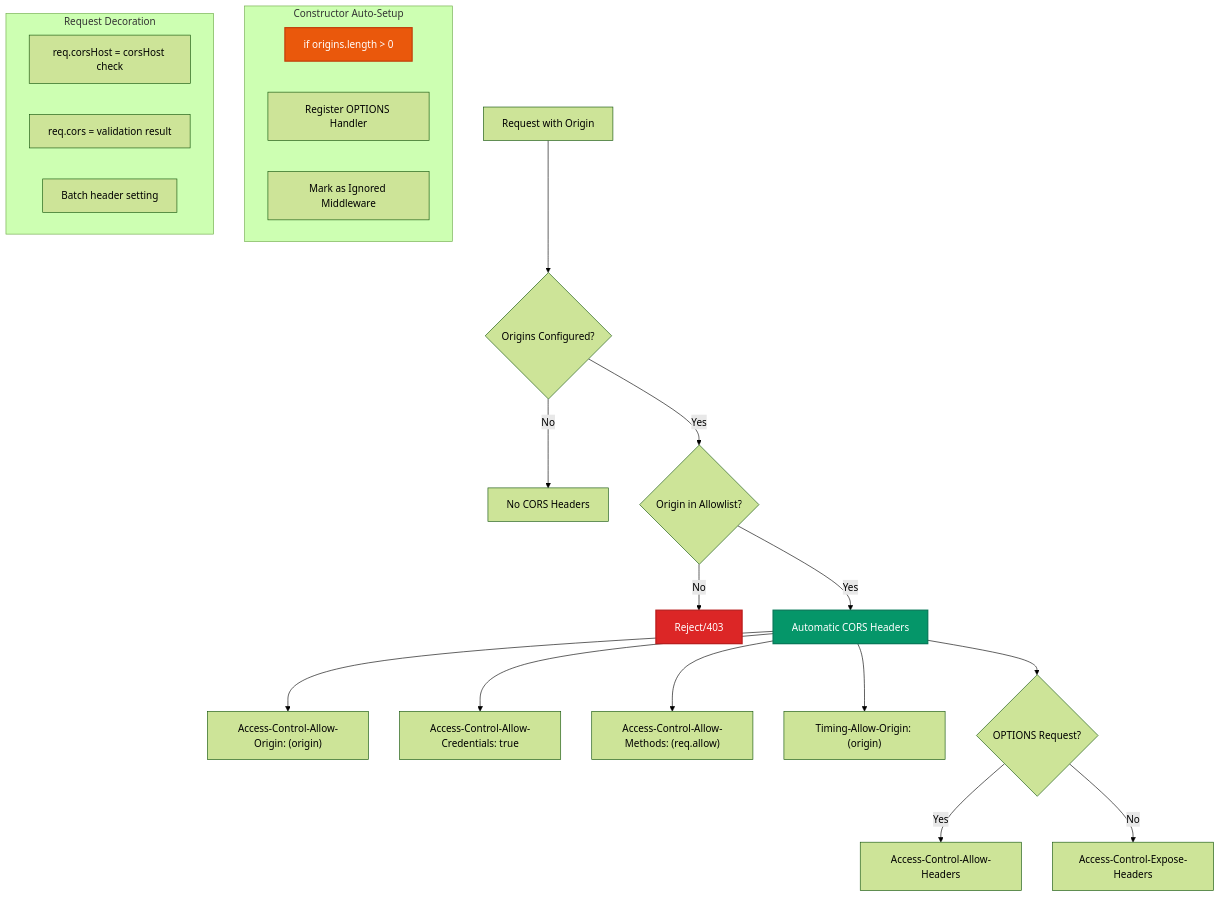
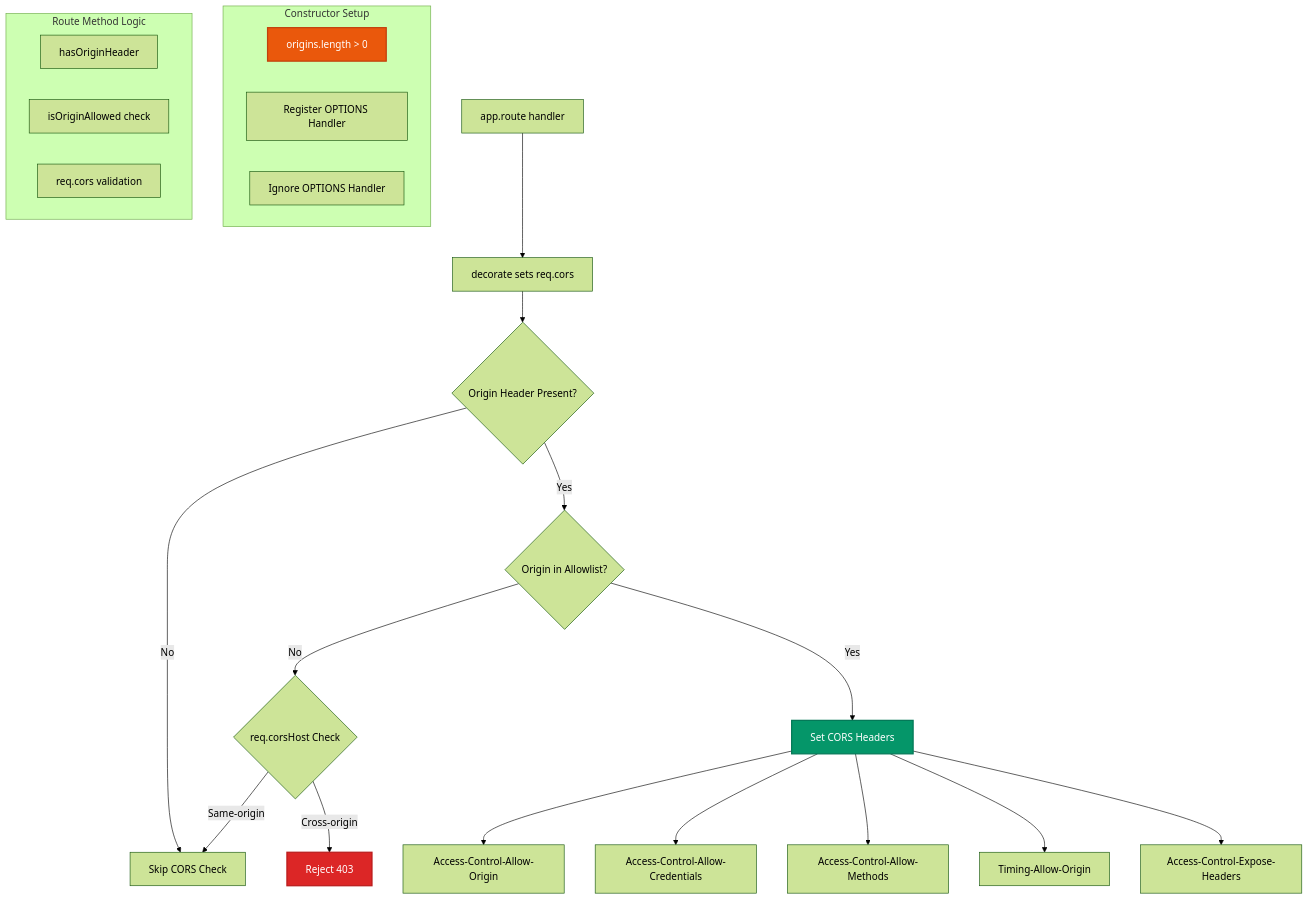
Before and after one commit to avoidwork/woodland: the sixth of 9 diagrams in docs/TECHNICAL_DOCUMENTATION.md, drawn with Mermaid (forest theme). The commit also changed other lines of this file and 74 other files, not shown here.

````diff
--- a/docs/TECHNICAL_DOCUMENTATION.md
+++ b/docs/TECHNICAL_DOCUMENTATION.md
@@ -812,32 +916,33 @@
 ```mermaid
 graph TB
-    A[Request with Origin] --> B{Origins Configured?}
-    B -->|No| C[No CORS Headers]
-    B -->|Yes| D{Origin in Allowlist?}
-    D -->|No| E[Reject/403]
-    D -->|Yes| F[Automatic CORS Headers]
-    
-    F --> G["Access-Control-Allow-Origin: (origin)"]
-    F --> H["Access-Control-Allow-Credentials: true"]
-    F --> I["Access-Control-Allow-Methods: (req.allow)"]
-    F --> J["Timing-Allow-Origin: (origin)"]
-    F --> K{OPTIONS Request?}
-    K -->|Yes| L["Access-Control-Allow-Headers"]
-    K -->|No| M["Access-Control-Expose-Headers"]
-    
-    subgraph "Constructor Auto-Setup"
-        N[if origins.length > 0]
+    A[app.route handler] --> B[decorate sets req.cors]
+    B --> C{Origin Header Present?}
+    C -->|No| D[Skip CORS Check]
+    C -->|Yes| E{Origin in Allowlist?}
+    E -->|No| F{req.corsHost Check}
+    F -->|Cross-origin| G[Reject 403]
+    F -->|Same-origin| D
+    E -->|Yes| H[Set CORS Headers]
+
+    H --> I["Access-Control-Allow-Origin"]
+    H --> J["Access-Control-Allow-Credentials"]
+    H --> K["Access-Control-Allow-Methods"]
+    H --> L["Timing-Allow-Origin"]
+    H --> M["Access-Control-Expose-Headers"]
+
+    subgraph "Constructor Setup"
+        N[origins.length > 0]
         O[Register OPTIONS Handler]
-        P[Mark as Ignored Middleware]
+        P[Ignore OPTIONS Handler]
     end
-    
-    subgraph "Request Decoration"
-        Q[req.corsHost = corsHost check]
-        R[req.cors = validation result]
-        S[Batch header setting]
+
+    subgraph "Route Method Logic"
+        Q[hasOriginHeader]
+        R[isOriginAllowed check]
+        S[req.cors validation]
     end
-    
-    style E fill:#dc2626,stroke:#b91c1c,stroke-width:2px,color:#ffffff
-    style F fill:#059669,stroke:#047857,stroke-width:2px,color:#ffffff
+
+    style G fill:#dc2626,stroke:#b91c1c,stroke-width:2px,color:#ffffff
+    style H fill:#059669,stroke:#047857,stroke-width:2px,color:#ffffff
     style N fill:#ea580c,stroke:#c2410c,stroke-width:2px,color:#ffffff
 ```
````
